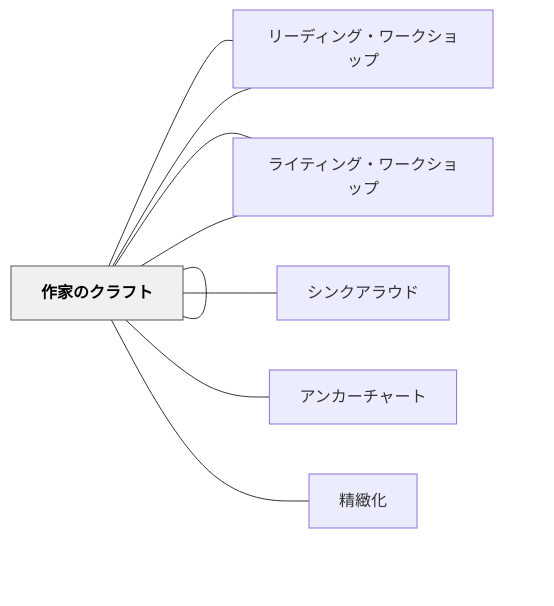
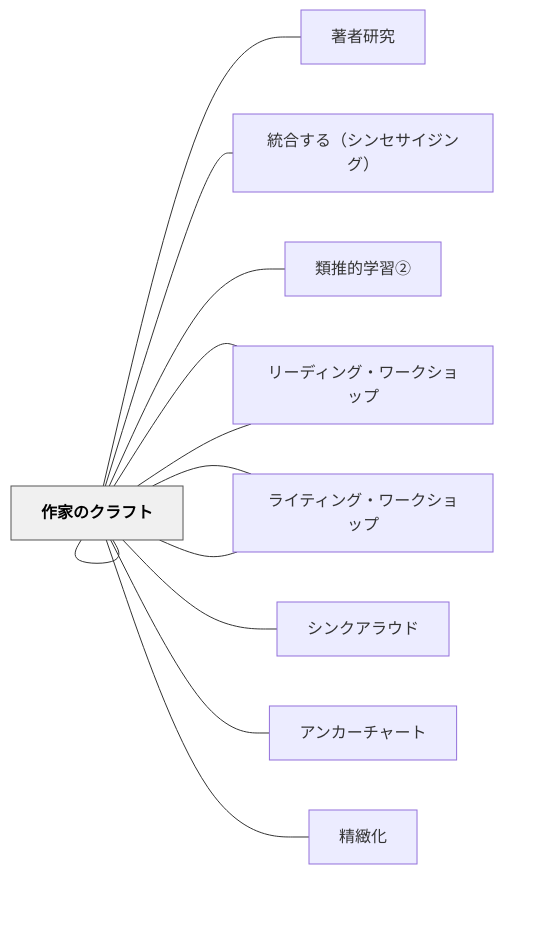
Before and after one commit to unknownthings-ed-patterns/unknownthings-ed-patterns: the diagram in content/パタン/作家のように読む.md, drawn with Mermaid. The commit also changed other lines of this file and 473 other files, not shown here.

````diff
--- a/content/パタン/作家のように読む.md
+++ b/content/パタン/作家のように読む.md
@@ -281,24 +284,30 @@
 ```mermaid
 flowchart LR
     ne4bd9ce5aeb6["作家のように読む"]
+    ne89197e88085["著者研究"]
+    ne7b5b1e59088["統合する（シンセサイジング）"]
+    ne9a19ee68ea8["類推的学習②"]
     ne383aae383bc["リーダーズ・ノート"]
     ne383a9e382a4["ライターズ・ノート"]
     ne4bd9ce5aeb6["作家のクラフト"]
     ne382b7e383b3["シンクアラウド"]
     ne383aae383bc["リーディング・ワークショップ"]
     ne383a9e382a4["ライティング・ワークショップ"]
     ne382a2e383b3["アンカーチャート"]
     ne7b2bee7b7bb["精緻化"]
 
+    ne4bd9ce5aeb6 --- ne89197e88085
+    ne4bd9ce5aeb6 --- ne7b5b1e59088
+    ne4bd9ce5aeb6 --- ne9a19ee68ea8
     ne4bd9ce5aeb6 --- ne383aae383bc
     ne4bd9ce5aeb6 --- ne383a9e382a4
     ne4bd9ce5aeb6 --- ne4bd9ce5aeb6
     ne4bd9ce5aeb6 --- ne382b7e383b3
     ne4bd9ce5aeb6 --- ne383aae383bc
     ne4bd9ce5aeb6 --- ne383a9e382a4
     ne4bd9ce5aeb6 --- ne382a2e383b3
     ne4bd9ce5aeb6 --- ne7b2bee7b7bb
 
     classDef hub fill:#f0f0f0,stroke:#555,color:#000,font-weight:bold
     class ne4bd9ce5aeb6 hub
 ```
````
